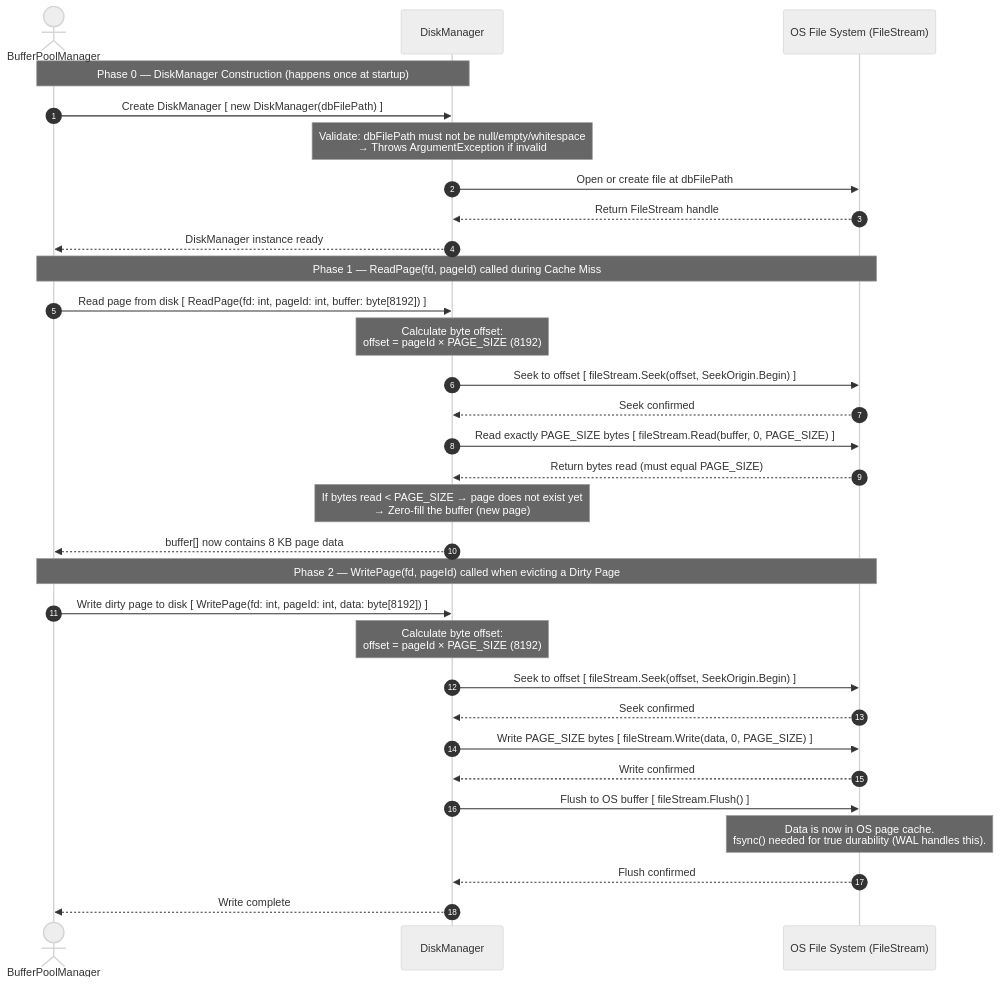
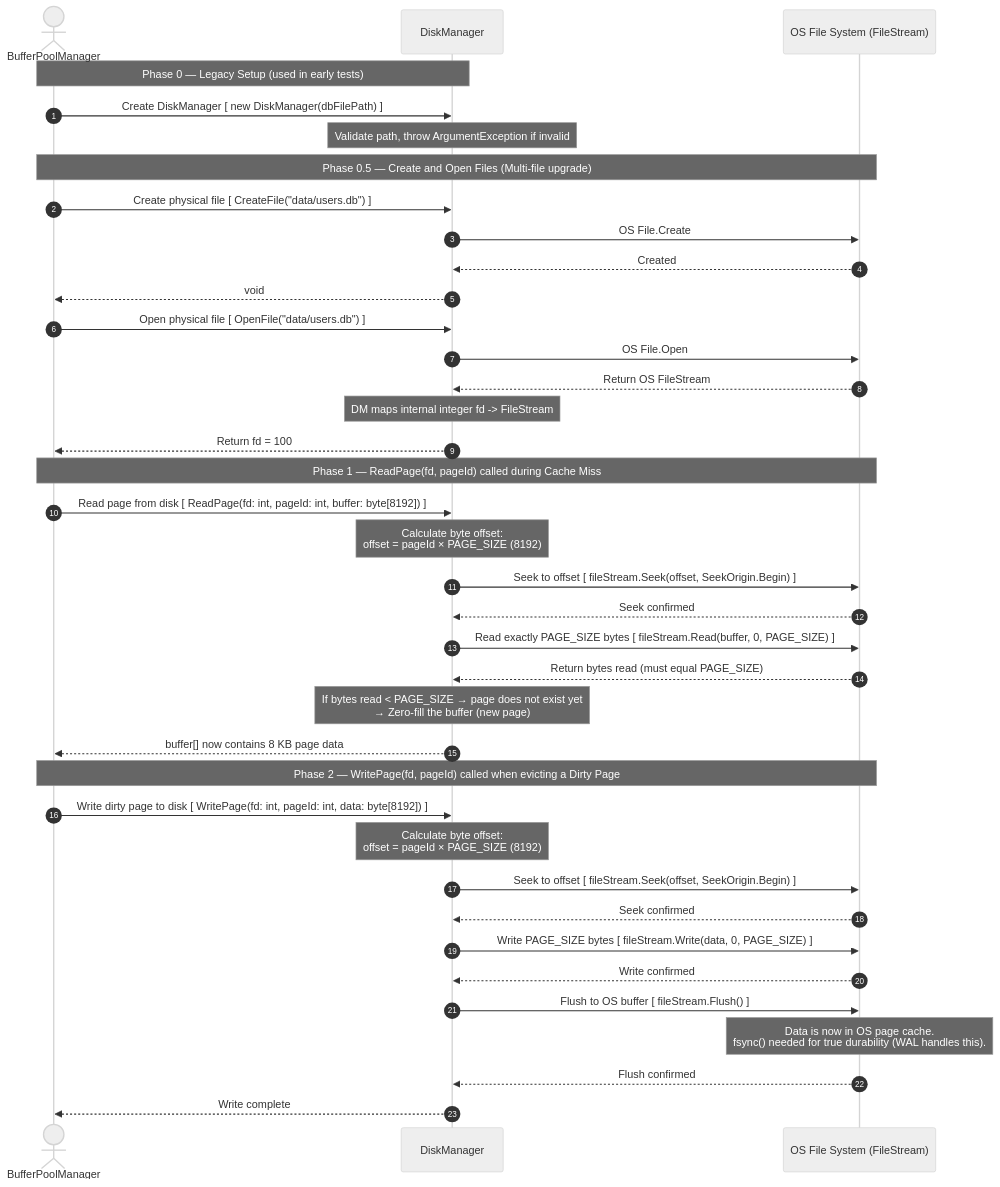
Before and after one commit to Hagiakhanh/bbv-dbms: the third of 3 diagrams in docs/diagrams/storage-engine/sequence-diagrams/disk-and-file-management.md, drawn with Mermaid (neutral theme). The commit also changed other lines of this file and 4 other files, not shown here.

Commit message:
doc: move mindmap into readme

````diff
--- a/docs/diagrams/storage-engine/sequence-diagrams/disk-and-file-management.md
+++ b/docs/diagrams/storage-engine/sequence-diagrams/disk-and-file-management.md
@@ -178,56 +176,68 @@
 ```mermaid
 sequenceDiagram
     autonumber
     actor BPM as BufferPoolManager
     participant DM as DiskManager
     participant OS as OS File System (FileStream)
 
     %% ─────────────────────────────────────────
-    %% Phase 0: Construction (one-time setup)
+    %% Phase 0: Legacy Construction (Foundation tests)
     %% ─────────────────────────────────────────
-    Note over BPM,DM: Phase 0 — DiskManager Construction (happens once at startup)
+    Note over BPM,DM: Phase 0 — Legacy Setup (used in early tests)
     BPM->>DM: Create DiskManager [ new DiskManager(dbFilePath) ]
-    Note over DM: Validate: dbFilePath must not be null/empty/whitespace<br/>→ Throws ArgumentException if invalid
+    Note over DM: Validate path, throw ArgumentException if invalid
 
-    DM->>OS: Open or create file at dbFilePath
-    OS-->>DM: Return FileStream handle
-    DM-->>BPM: DiskManager instance ready
+    %% ─────────────────────────────────────────
+    %% Phase 0.5: Multi-File Support (Core Engine)
+    %% ─────────────────────────────────────────
+    Note over BPM,OS: Phase 0.5 — Create and Open Files (Multi-file upgrade)
+    
+    BPM->>DM: Create physical file [ CreateFile("data/users.db") ]
+    DM->>OS: OS File.Create
+    OS-->>DM: Created
+    DM-->>BPM: void
+    
+    BPM->>DM: Open physical file [ OpenFile("data/users.db") ]
+    DM->>OS: OS File.Open
+    OS-->>DM: Return OS FileStream
+    Note over DM: DM maps internal integer fd -> FileStream
+    DM-->>BPM: Return fd = 100
 
     %% ─────────────────────────────────────────
     %% Phase 1: ReadPage
     %% ─────────────────────────────────────────
     Note over BPM,OS: Phase 1 — ReadPage(fd, pageId) called during Cache Miss
     BPM->>DM: Read page from disk [ ReadPage(fd: int, pageId: int, buffer: byte[8192]) ]
 
     Note over DM: Calculate byte offset:<br/>offset = pageId × PAGE_SIZE (8192)
 
     DM->>OS: Seek to offset [ fileStream.Seek(offset, SeekOrigin.Begin) ]
     OS-->>DM: Seek confirmed
 
     DM->>OS: Read exactly PAGE_SIZE bytes [ fileStream.Read(buffer, 0, PAGE_SIZE) ]
     OS-->>DM: Return bytes read (must equal PAGE_SIZE)
 
     Note over DM: If bytes read < PAGE_SIZE → page does not exist yet<br/>→ Zero-fill the buffer (new page)
 
     DM-->>BPM: buffer[] now contains 8 KB page data
 
     %% ─────────────────────────────────────────
     %% Phase 2: WritePage
     %% ─────────────────────────────────────────
     Note over BPM,OS: Phase 2 — WritePage(fd, pageId) called when evicting a Dirty Page
     BPM->>DM: Write dirty page to disk [ WritePage(fd: int, pageId: int, data: byte[8192]) ]
 
     Note over DM: Calculate byte offset:<br/>offset = pageId × PAGE_SIZE (8192)
 
     DM->>OS: Seek to offset [ fileStream.Seek(offset, SeekOrigin.Begin) ]
     OS-->>DM: Seek confirmed
 
     DM->>OS: Write PAGE_SIZE bytes [ fileStream.Write(data, 0, PAGE_SIZE) ]
     OS-->>DM: Write confirmed
 
     DM->>OS: Flush to OS buffer [ fileStream.Flush() ]
     Note over OS: Data is now in OS page cache.<br/>fsync() needed for true durability (WAL handles this).
     OS-->>DM: Flush confirmed
 
     DM-->>BPM: Write complete
 ```
````
